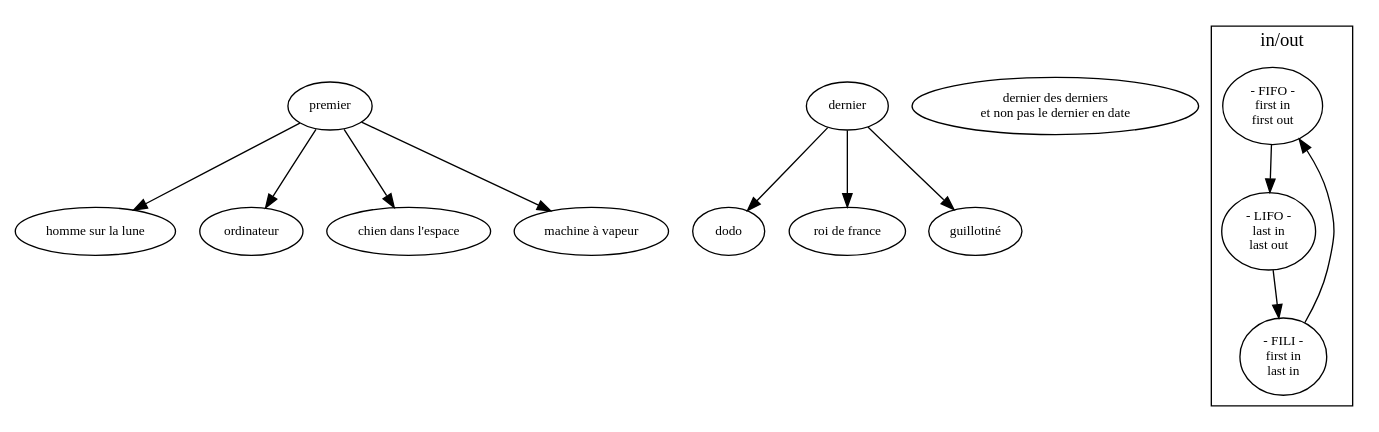
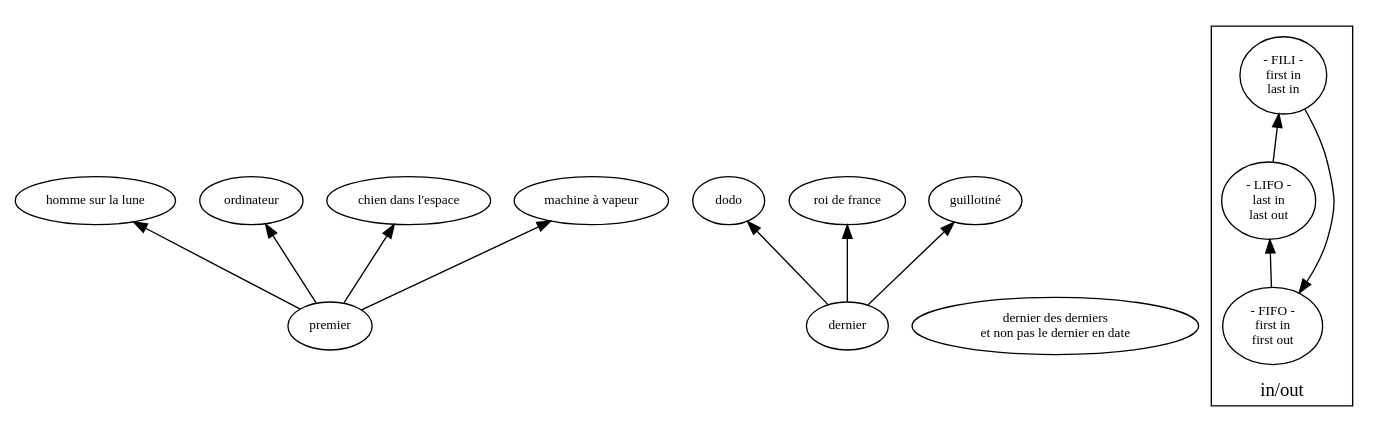
One commit to ensad-nancy/first-last changed the diagram in sujet.dot. Above: the diagram before and after it, drawn with Graphviz.

Commit message:
+	rankdir="BT"

```diff
--- a/sujet.dot
+++ b/sujet.dot
@@ -1,34 +1,34 @@
 digraph {
 
 	fontname="myriadpro"
 	fontsize = 14
-	rankdir="TL"
+	rankdir="BT"
 	node [fontname="myriadpro", fontsize = 10]
 	edge [fontname="monaco", fontsize = 9]
 	
 	first [label="premier"]
 	last [label="dernier"]
 	
 	"dernier des derniers\n et non pas le dernier en date" 
 
 	first -> "homme sur la lune"
 	first -> "ordinateur"
 	first -> "chien dans l'espace"
 	first -> "machine à vapeur"
 	
 	last -> dodo
 	last -> "roi de france"
 	last -> "guillotiné"
 
 	subgraph cluster_FO{
 	
 		label="in/out"
 		
 		FIFO [label="- FIFO -\nfirst in\nfirst out"]
 		LIFO [label="- LIFO -\nlast in\nlast out"]
 		FILI [label="- FILI -\nfirst in\n last in"]
 
 		FILI -> FIFO -> LIFO -> FILI
 	}
 	
 }
```
